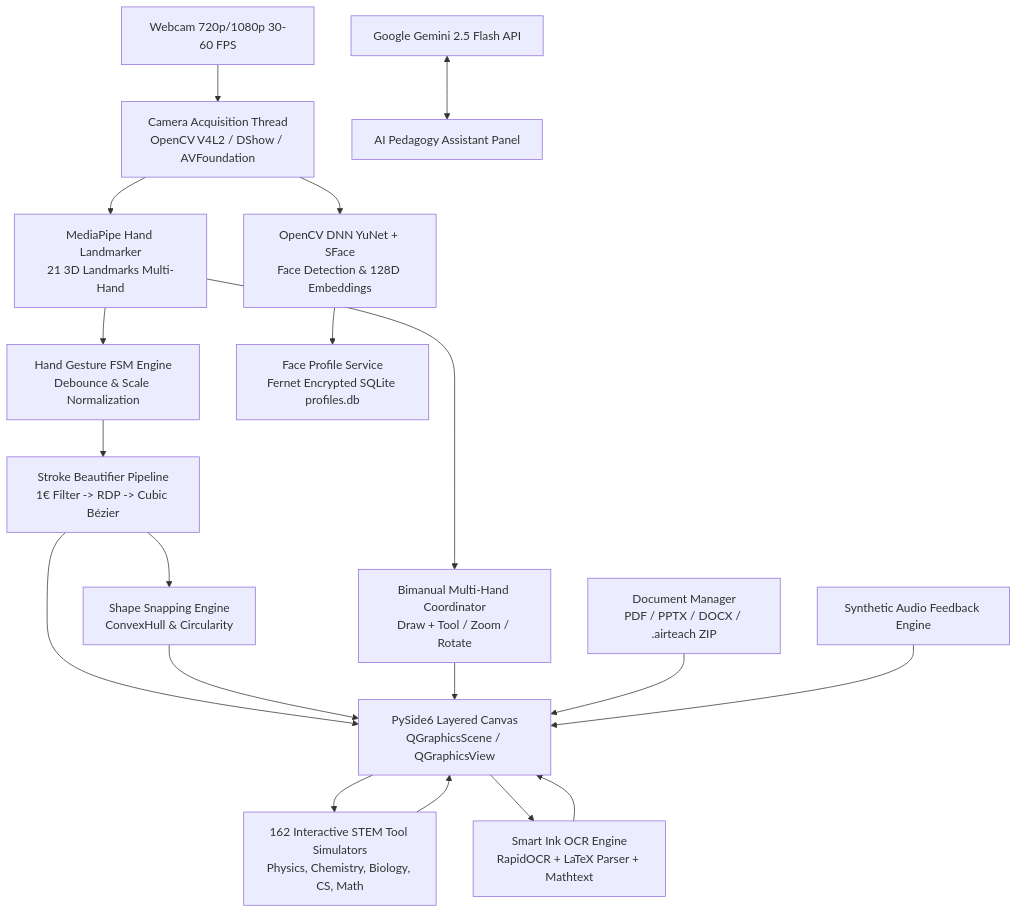
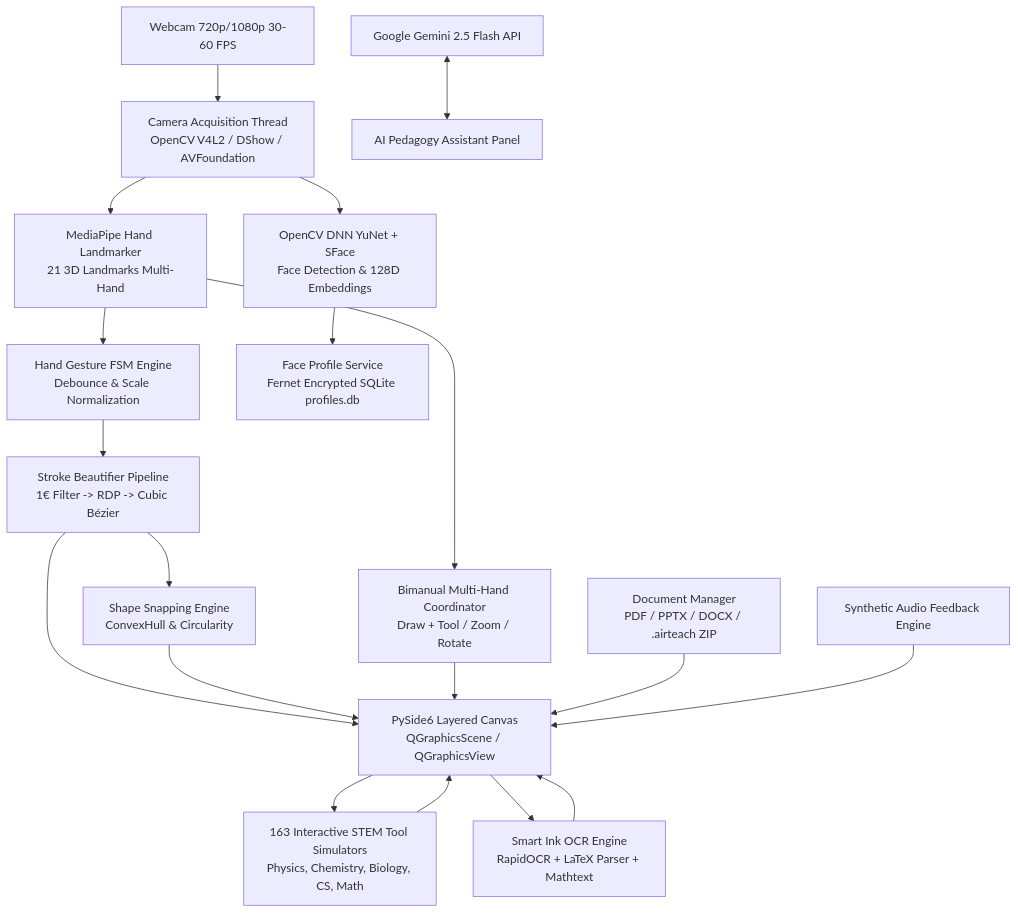
One commit to ducnt2104/AirTeach-AI changed the diagram in README.md. Above: the diagram before and after it, drawn with Mermaid. The commit also changed other lines of this file and 5 other files, not shown here.

````diff
--- a/README.md
+++ b/README.md
@@ -199,28 +199,28 @@
 ```mermaid
 graph TD
     A[Webcam 720p/1080p 30-60 FPS] --> B[Camera Acquisition Thread\nOpenCV V4L2 / DShow / AVFoundation]
     B --> C[MediaPipe Hand Landmarker\n21 3D Landmarks Multi-Hand]
     B --> D[OpenCV DNN YuNet + SFace\nFace Detection & 128D Embeddings]
     
     C --> E[Hand Gesture FSM Engine\nDebounce & Scale Normalization]
     C --> F[Bimanual Multi-Hand Coordinator\nDraw + Tool / Zoom / Rotate]
     
     E --> G[Stroke Beautifier Pipeline\n1€ Filter -> RDP -> Cubic Bézier]
     G --> H[Shape Snapping Engine\nConvexHull & Circularity]
     
     G --> I[PySide6 Layered Canvas\nQGraphicsScene / QGraphicsView]
     H --> I
     F --> I
     
-    I --> J[162 Interactive STEM Tool Simulators\nPhysics, Chemistry, Biology, CS, Math]
+    I --> J[163 Interactive STEM Tool Simulators\nPhysics, Chemistry, Biology, CS, Math]
     J --> I
     
     I --> K[Smart Ink OCR Engine\nRapidOCR + LaTeX Parser + Mathtext]
     K --> I
     
     D --> L[Face Profile Service\nFernet Encrypted SQLite profiles.db]
     
     M[Document Manager\nPDF / PPTX / DOCX / .airteach ZIP] --> I
     N[Google Gemini 2.5 Flash API] <--> O[AI Pedagogy Assistant Panel]
     P[Synthetic Audio Feedback Engine] --> I
 ```
````
